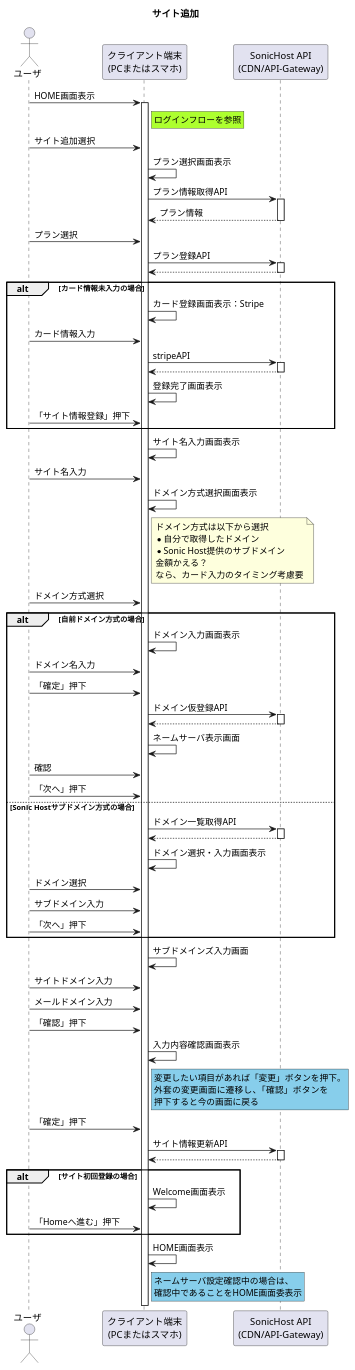
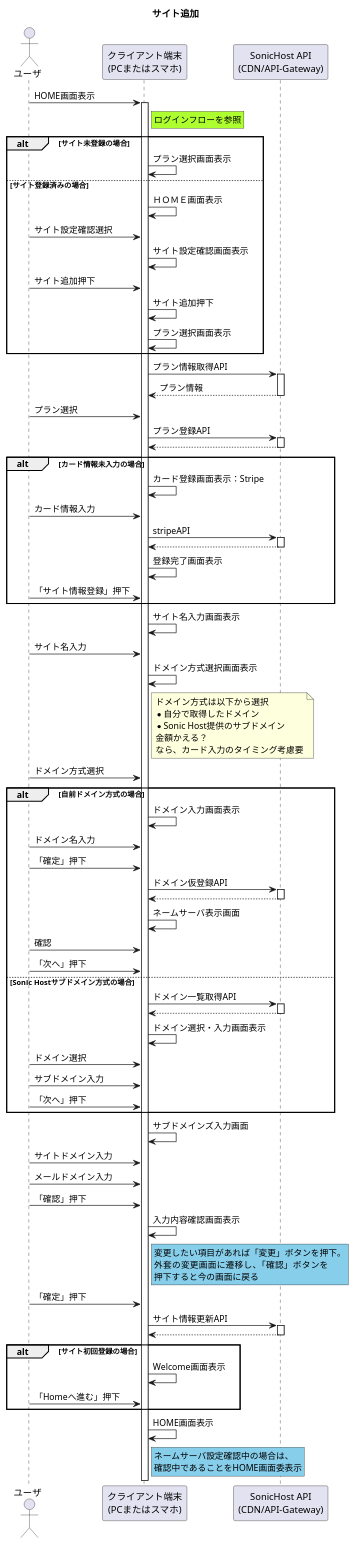
The diagram in 01_Sequences/03_SiteRegistration/01_AddSite/addSiteFlow.pu (Sonic-Host/documents), drawn with PlantUML before and after one commit.

Commit message:
画面遷移図作成に伴ってサイト追加のシーケンスを変更

```diff
--- a/01_Sequences/03_SiteRegistration/01_AddSite/addSiteFlow.pu
+++ b/01_Sequences/03_SiteRegistration/01_AddSite/addSiteFlow.pu
@@ -1,81 +1,88 @@
 @startuml  サイト追加
 title サイト追加
 
 ' アクター定義
 actor "ユーザ" as user
 participant "クライアント端末\n(PCまたはスマホ)" as device
 participant "SonicHost API\n(CDN/API-Gateway)" as api
 
 
 user -> device ++: HOME画面表示
 rnote right of device #GreenYellow
     ログインフローを参照
 end note
-user -> device : サイト追加選択
-
-device -> device : プラン選択画面表示
+alt サイト未登録の場合
+    device -> device : プラン選択画面表示
+else サイト登録済みの場合
+    device -> device : ＨＯＭＥ画面表示
+    user -> device : サイト設定確認選択
+    device -> device : サイト設定確認画面表示
+    user -> device : サイト追加押下
+    device -> device : サイト追加押下
+    device -> device : プラン選択画面表示
+end
 device -> api ++ : プラン情報取得API
 device <-- api -- : プラン情報
 user -> device : プラン選択
 device -> api ++ : プラン登録API
 device <-- api -- 
 alt カード情報未入力の場合
     device -> device : カード登録画面表示：Stripe
     user -> device : カード情報入力
     device -> api ++ : stripeAPI
     device <-- api -- 
     device -> device : 登録完了画面表示
     user -> device : 「サイト情報登録」押下
 end 
 device -> device : サイト名入力画面表示
 user -> device : サイト名入力
 device -> device : ドメイン方式選択画面表示
 note right of device 
     ドメイン方式は以下から選択
     * 自分で取得したドメイン
     * Sonic Host提供のサブドメイン
     金額かえる？
     なら、カード入力のタイミング考慮要
 end note
 user -> device : ドメイン方式選択
 alt 自前ドメイン方式の場合
     device -> device :ドメイン入力画面表示
     user -> device : ドメイン名入力
     user -> device : 「確定」押下
     device -> api ++ : ドメイン仮登録API
     device <-- api -- 
     device -> device : ネームサーバ表示画面
     user -> device : 確認
     user -> device : 「次へ」押下
 else Sonic Hostサブドメイン方式の場合
     device -> api ++ : ドメイン一覧取得API
     device <-- api -- 
     device -> device : ドメイン選択・入力画面表示
     user -> device : ドメイン選択
     user -> device : サブドメイン入力
     user -> device : 「次へ」押下
 end 
 device -> device : サブドメインズ入力画面
 user -> device : サイトドメイン入力
 user -> device : メールドメイン入力
 user -> device : 「確認」押下
 device -> device : 入力内容確認画面表示
 rnote right of device #SkyBlue
     変更したい項目があれば「変更」ボタンを押下。
     外套の変更画面に遷移し、「確認」ボタンを
     押下すると今の画面に戻る
 end note
 user -> device : 「確定」押下
 device -> api ++ : サイト情報更新API
 device <-- api -- 
 alt サイト初回登録の場合
     device -> device : Welcome画面表示
     user -> device : 「Homeへ進む」押下
 end 
 device -> device : HOME画面表示
 rnote right of device #SkyBlue
     ネームサーバ設定確認中の場合は、
     確認中であることをHOME画面委表示
 end note
 
 @enduml
```
